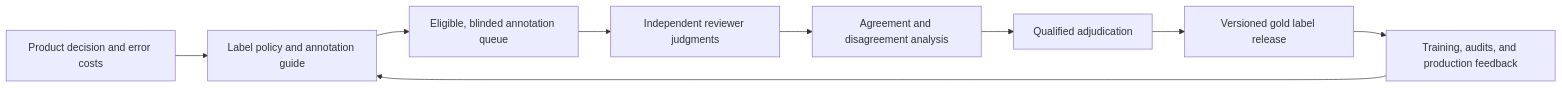
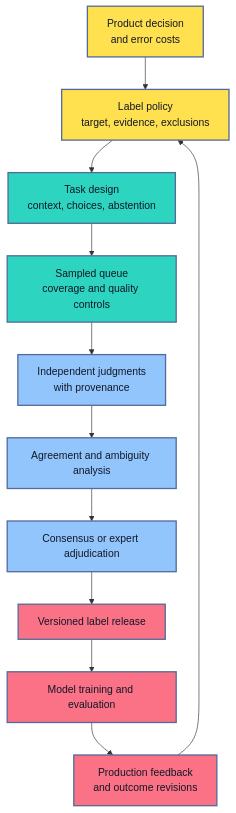
One commit to senlinyy/dev-roadmaps changed the first of 5 diagrams in roadmaps/mlops/modules/data-for-ml-systems/training-data-basics/04-label-annotation-quality-and-adjudication.md. Above: the diagram before and after it, drawn with Mermaid. The commit also changed other lines of this file and 198 other files, not shown here.

````diff
--- a/roadmaps/mlops/modules/data-for-ml-systems/training-data-basics/04-label-annotation-quality-and-adjudication.md
+++ b/roadmaps/mlops/modules/data-for-ml-systems/training-data-basics/04-label-annotation-quality-and-adjudication.md
@@ -34,11 +39,22 @@
 ```mermaid
-flowchart LR
-    Decision["Product decision and error costs"] --> Policy["Label policy and annotation guide"]
-    Policy --> Queue["Eligible, blinded annotation queue"]
-    Queue --> Reviewers["Independent reviewer judgments"]
-    Reviewers --> Agreement["Agreement and disagreement analysis"]
-    Agreement --> Adjudicate["Qualified adjudication"]
-    Adjudicate --> Release["Versioned gold label release"]
-    Release --> Feedback["Training, audits, and production feedback"]
-    Feedback --> Policy
+flowchart TD
+    D["Product decision<br/>and error costs"] --> P["Label policy<br/>target, evidence, exclusions"]
+    P --> T["Task design<br/>context, choices, abstention"]
+    T --> Q["Sampled queue<br/>coverage and quality controls"]
+    Q --> J["Independent judgments<br/>with provenance"]
+    J --> A["Agreement and ambiguity analysis"]
+    A --> C["Consensus or expert adjudication"]
+    C --> R["Versioned label release"]
+    R --> M["Model training and evaluation"]
+    M --> F["Production feedback<br/>and outcome revisions"]
+    F --> P
+
+    classDef yellow fill:#FFE04F,stroke:#536A9A,color:#111827,stroke-width:2px;
+    classDef teal fill:#2DD4BF,stroke:#536A9A,color:#111827,stroke-width:2px;
+    classDef blue fill:#93C5FD,stroke:#536A9A,color:#111827,stroke-width:2px;
+    classDef pink fill:#FB7185,stroke:#536A9A,color:#111827,stroke-width:2px;
+    class D,P yellow;
+    class T,Q teal;
+    class J,A,C blue;
+    class R,M,F pink;
 ```
````
